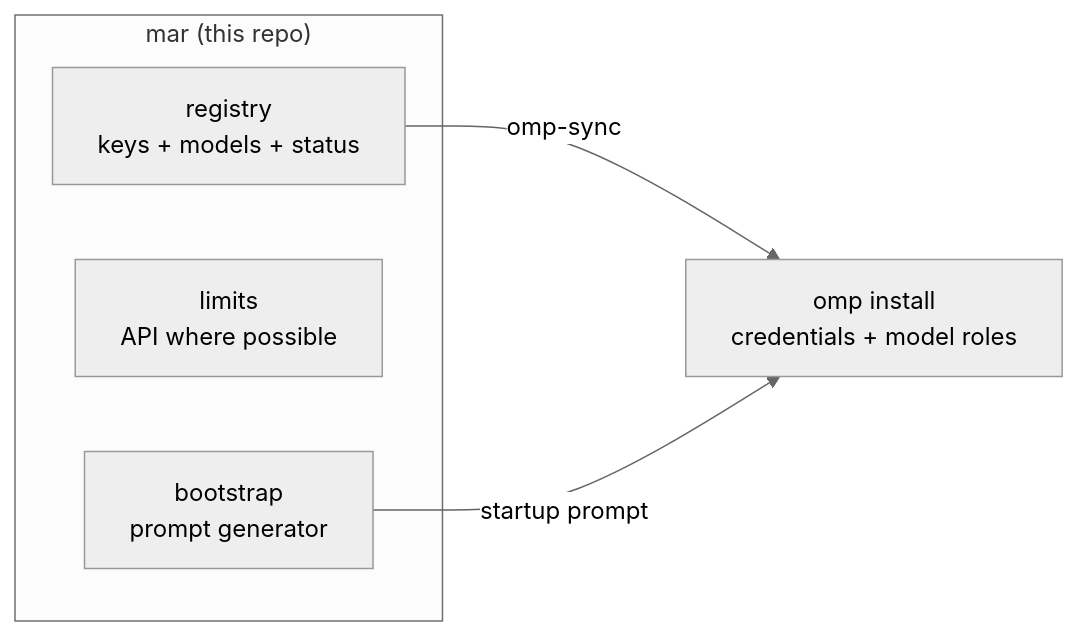
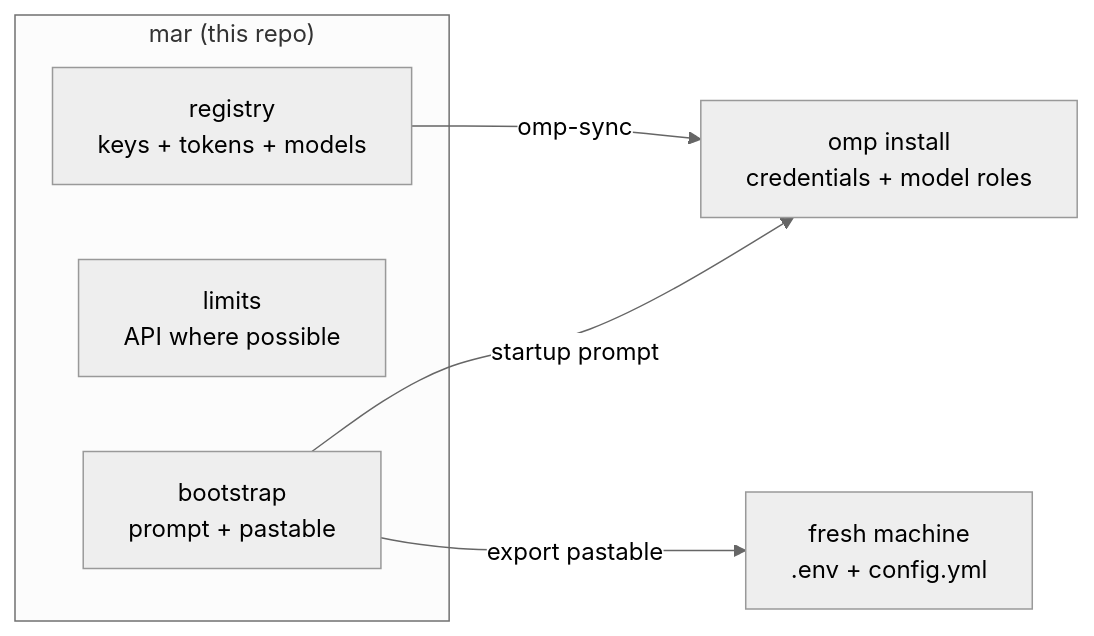
One commit to ggurov/MAR changed the diagram in README.md. Above: the diagram before and after it, drawn with Mermaid (neutral theme). The commit also changed other lines of this file and 1 other file, not shown here.

````diff
--- a/README.md
+++ b/README.md
@@ -9,10 +10,11 @@
 ```mermaid
 graph LR
     subgraph MAR["mar (this repo)"]
-        R[registry\nkeys + models + status]
+        R[registry\nkeys + tokens + models]
         L[limits\nAPI where possible]
-        B[bootstrap\nprompt generator]
+        B[bootstrap\nprompt + pastable]
     end
     R -->|omp-sync| O[omp install\ncredentials + model roles]
+    B -->|export pastable| F[fresh machine\n.env + config.yml]
     B -->|startup prompt| O
 ```
````
